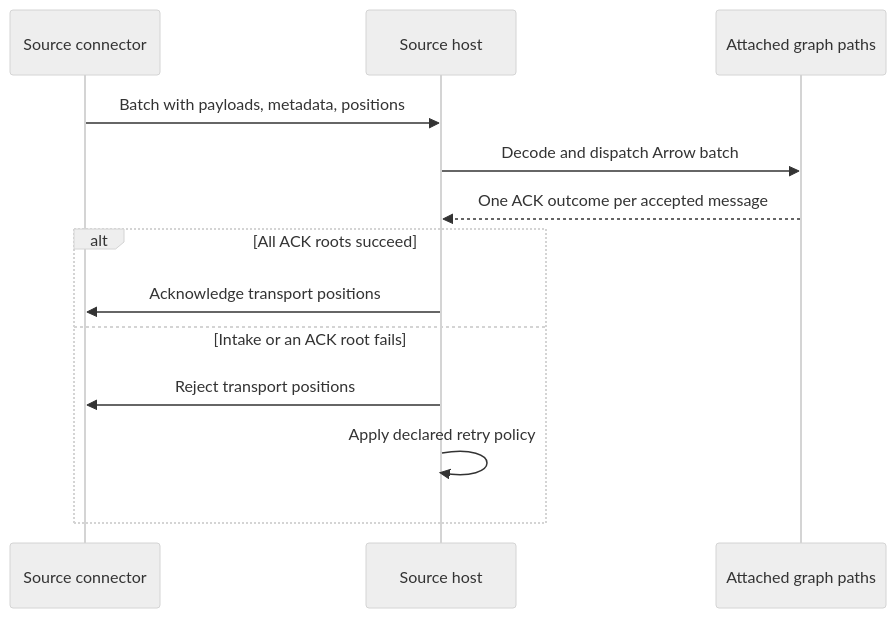
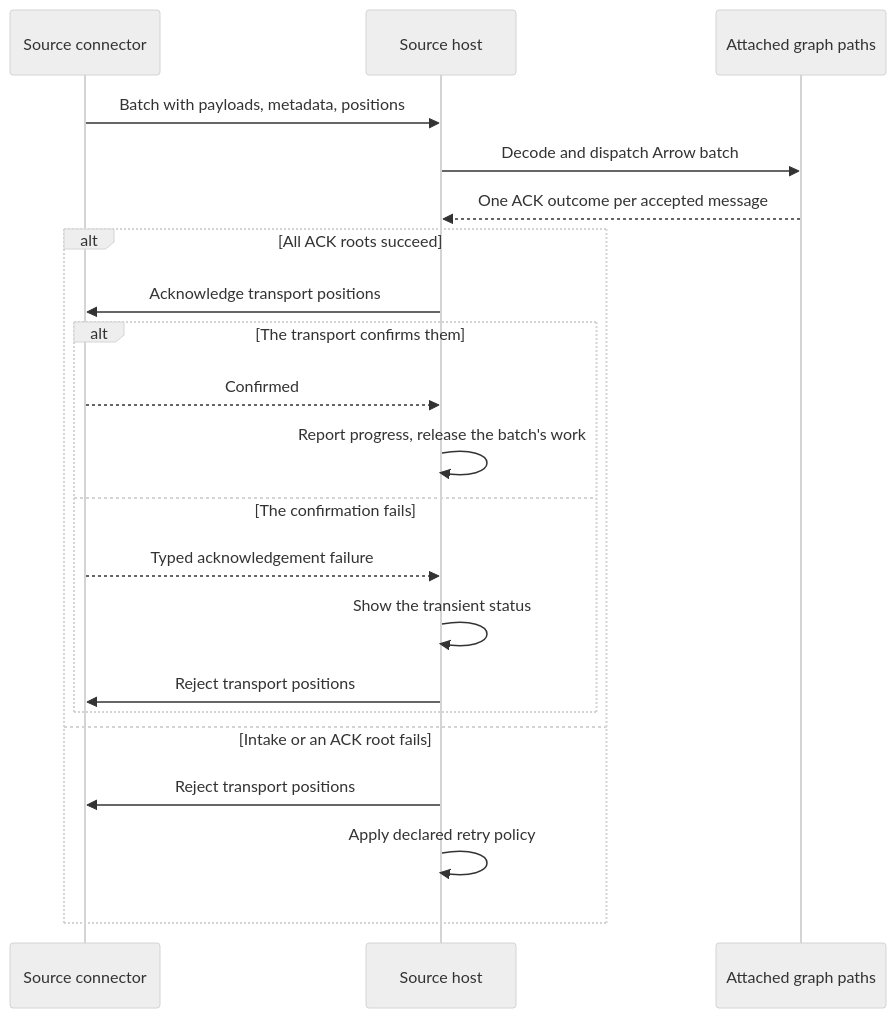
One commit to nervix-io/nervix changed the second of 3 diagrams in docs/src/connector-contract.md. Above: the diagram before and after it, drawn with Mermaid (neutral theme). The commit also changed other lines of this file and 37 other files, not shown here.

````diff
--- a/docs/src/connector-contract.md
+++ b/docs/src/connector-contract.md
@@ -525,15 +531,23 @@
 ```mermaid
 sequenceDiagram
     participant Source as Source connector
     participant Host as Source host
     participant Graph as Attached graph paths
     Source->>Host: Batch with payloads, metadata, positions
     Host->>Graph: Decode and dispatch Arrow batch
     Graph-->>Host: One ACK outcome per accepted message
     alt All ACK roots succeed
         Host->>Source: Acknowledge transport positions
+        alt The transport confirms them
+            Source-->>Host: Confirmed
+            Host->>Host: Report progress, release the batch's work
+        else The confirmation fails
+            Source-->>Host: Typed acknowledgement failure
+            Host->>Host: Show the transient status
+            Host->>Source: Reject transport positions
+        end
     else Intake or an ACK root fails
         Host->>Source: Reject transport positions
         Host->>Host: Apply declared retry policy
     end
 ```
````
